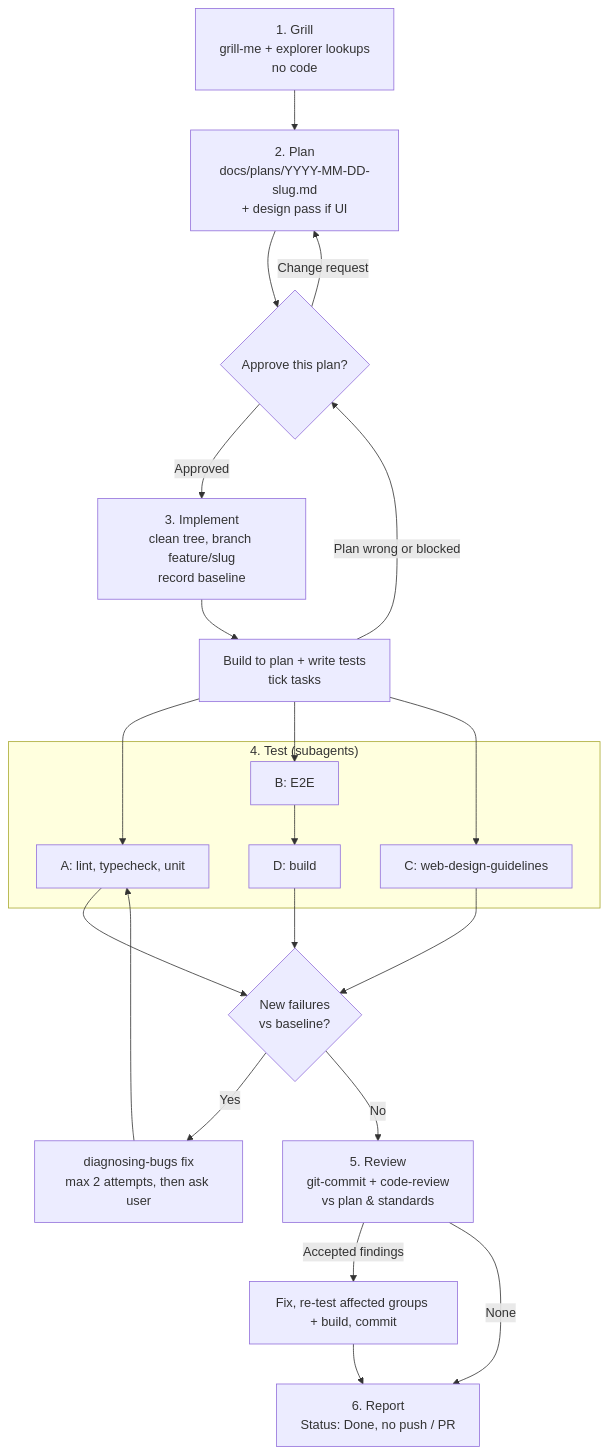
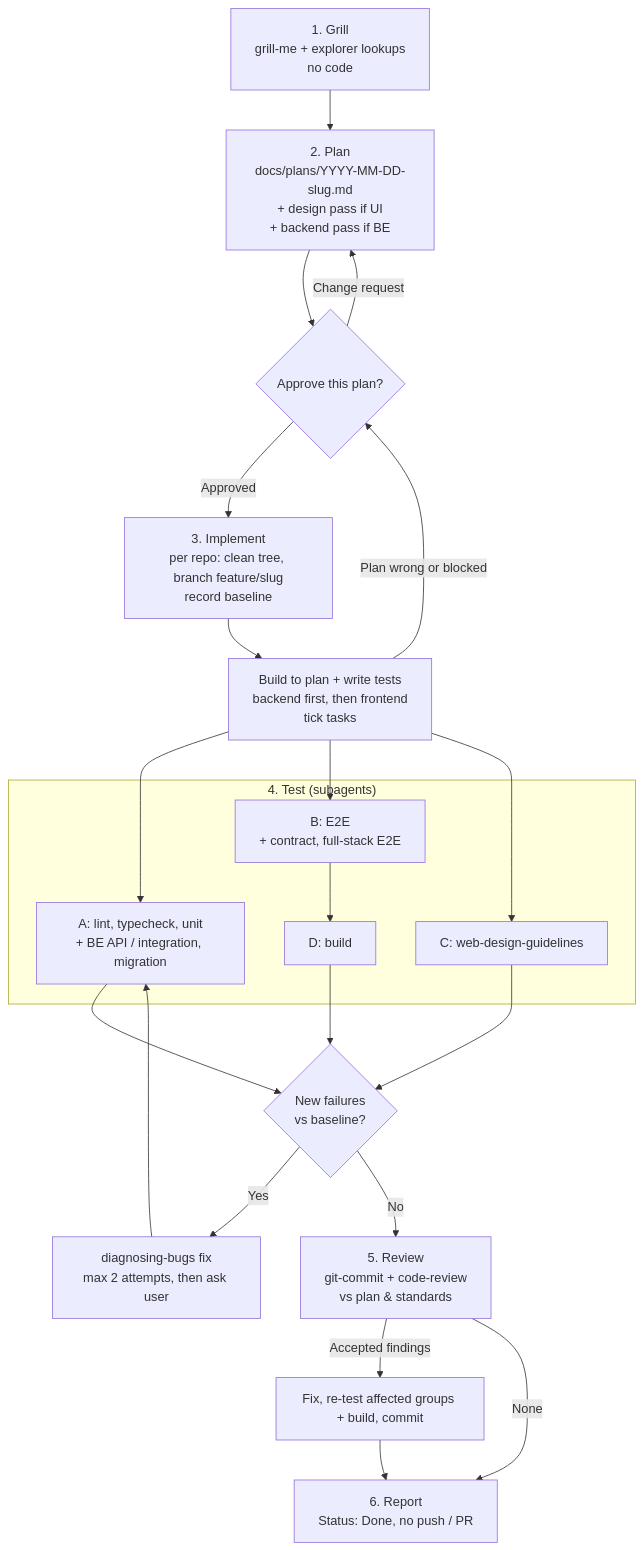
The second of 3 diagrams in README.md (minhfi/bumno), drawn with Mermaid before and after one commit. The commit also changed other lines of this file and 7 other files, not shown here.

````diff
--- a/README.md
+++ b/README.md
@@ -92,23 +96,23 @@
 ```mermaid
 flowchart TD
-    G["1. Grill<br/>grill-me + explorer lookups<br/>no code"] --> P["2. Plan<br/>docs/plans/YYYY-MM-DD-slug.md<br/>+ design pass if UI"]
+    G["1. Grill<br/>grill-me + explorer lookups<br/>no code"] --> P["2. Plan<br/>docs/plans/YYYY-MM-DD-slug.md<br/>+ design pass if UI<br/>+ backend pass if BE"]
     P --> A{Approve this plan?}
     A -->|Change request| P
-    A -->|Approved| I1["3. Implement<br/>clean tree, branch feature/slug<br/>record baseline"]
-    I1 --> I2[Build to plan + write tests<br/>tick tasks]
+    A -->|Approved| I1["3. Implement<br/>per repo: clean tree, branch feature/slug<br/>record baseline"]
+    I1 --> I2[Build to plan + write tests<br/>backend first, then frontend<br/>tick tasks]
     I2 -->|Plan wrong or blocked| A
     I2 --> TA & TB & TC
     subgraph T4 ["4. Test (subagents)"]
-        TA[A: lint, typecheck, unit]
-        TB[B: E2E]
+        TA[A: lint, typecheck, unit<br/>+ BE API / integration, migration]
+        TB[B: E2E<br/>+ contract, full-stack E2E]
         TC[C: web-design-guidelines]
         TB --> TD[D: build]
     end
     TA & TD & TC --> R{New failures<br/>vs baseline?}
     R -->|Yes| DB[diagnosing-bugs fix<br/>max 2 attempts, then ask user]
     DB --> TA
     R -->|No| RV["5. Review<br/>git-commit + code-review<br/>vs plan & standards"]
     RV -->|Accepted findings| FX[Fix, re-test affected groups + build, commit]
     FX --> RP
     RV -->|None| RP["6. Report<br/>Status: Done, no push / PR"]
 ```
````
